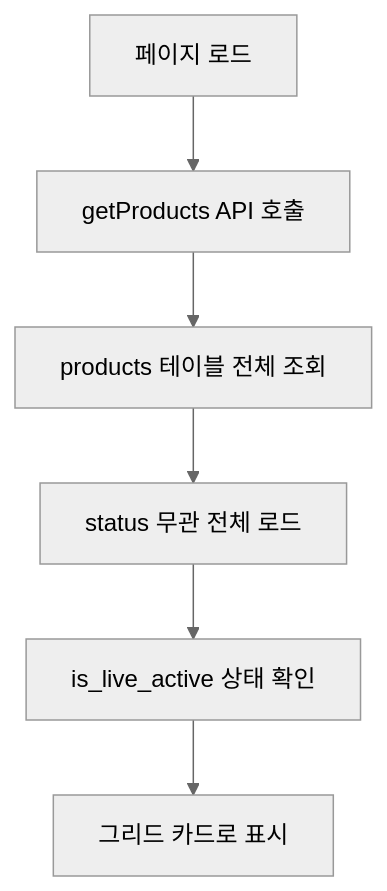
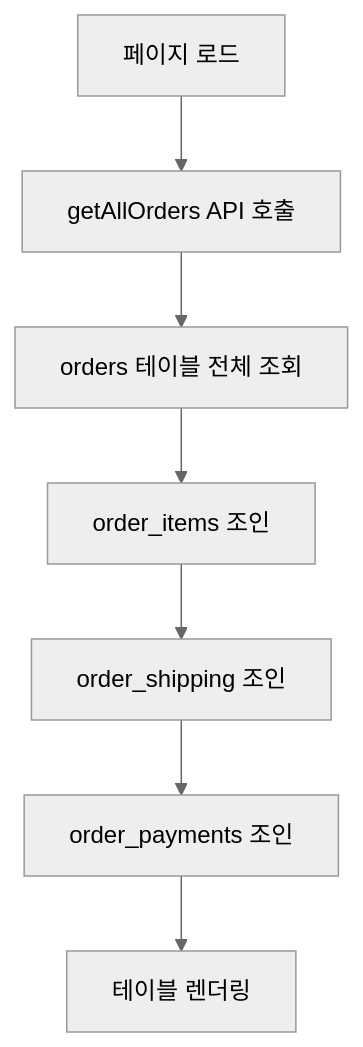
One commit to Theloho/live-commerce changed the seventh of 12 diagrams in DETAILED_DATA_FLOW.md. Above: the diagram before and after it, drawn with Mermaid (neutral theme). The commit also changed other lines of this file and 23 other files, not shown here.

````diff
--- a/DETAILED_DATA_FLOW.md
+++ b/DETAILED_DATA_FLOW.md
@@ -789,8 +860,9 @@
 ```mermaid
 graph TD
-    A[페이지 로드] --> B[getProducts API 호출]
-    B --> C[products 테이블 전체 조회]
-    C --> D[status 무관 전체 로드]
-    D --> E[is_live_active 상태 확인]
-    E --> F[그리드 카드로 표시]
+    A[페이지 로드] --> B[getAllOrders API 호출]
+    B --> C[orders 테이블 전체 조회]
+    C --> D[order_items 조인]
+    D --> E[order_shipping 조인]
+    E --> F[order_payments 조인]
+    F --> G[테이블 렌더링]
 ```
````
